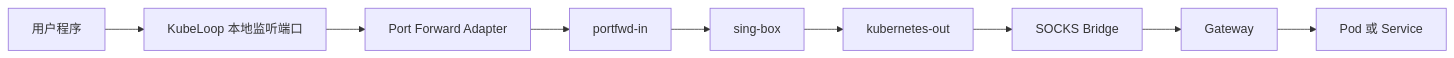
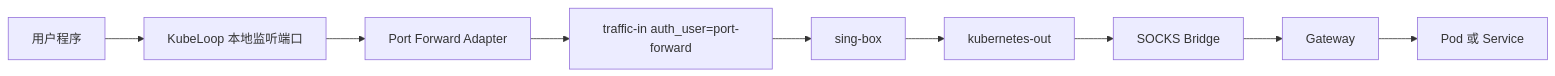
One commit to fengqi-dev/kube-clash changed the second of 3 diagrams in docs/singbox-traffic-dataplane.zh-CN.md. Above: the diagram before and after it, drawn with Mermaid. The commit also changed other lines of this file and 29 other files, not shown here.

First line of the commit message:
feat(session): integrate traffic metrics and refactor inbound handling

````diff
--- a/docs/singbox-traffic-dataplane.zh-CN.md
+++ b/docs/singbox-traffic-dataplane.zh-CN.md
@@ -222,14 +218,14 @@
 ```mermaid
 flowchart LR
     Client["用户程序"]
     Listener["KubeLoop 本地监听端口"]
     Adapter["Port Forward Adapter"]
-    Inbound["portfwd-in"]
+    Inbound["traffic-in auth_user=port-forward"]
     SingBox["sing-box"]
     KubeOut["kubernetes-out"]
     Bridge["SOCKS Bridge"]
     Gateway["Gateway"]
     Target["Pod 或 Service"]
 
     Client --> Listener --> Adapter --> Inbound --> SingBox --> KubeOut --> Bridge --> Gateway --> Target
 ```
````
